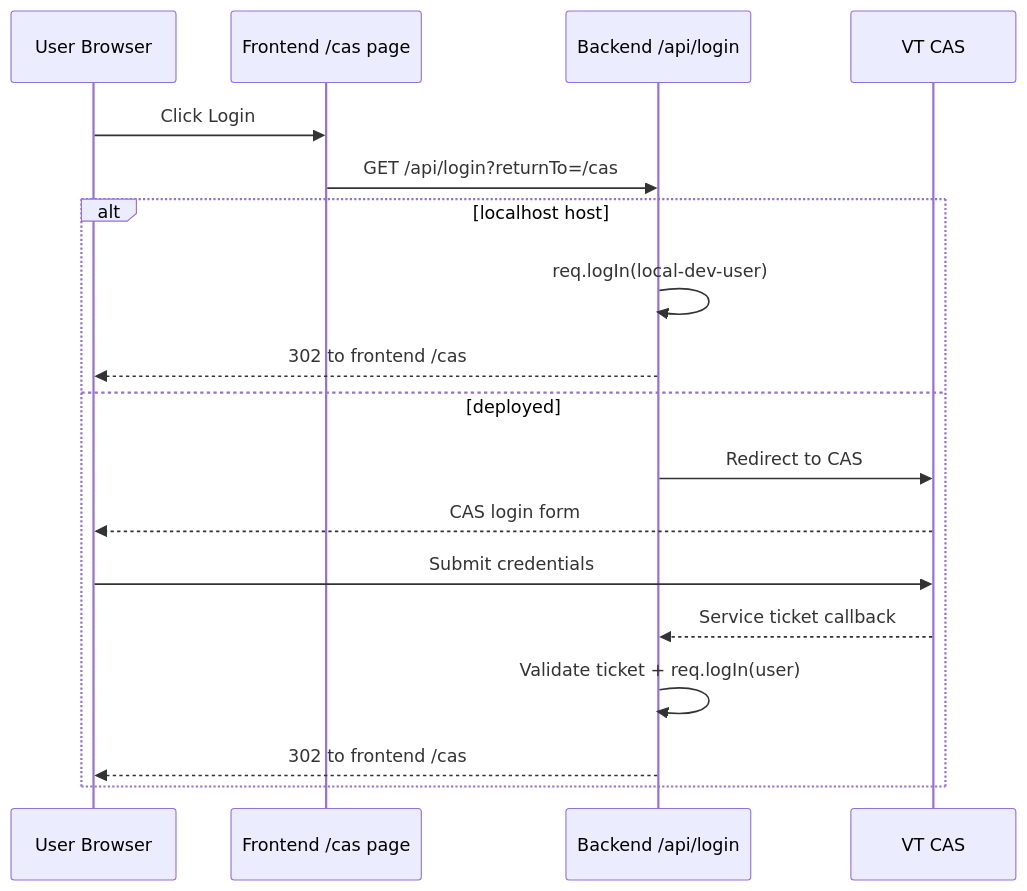
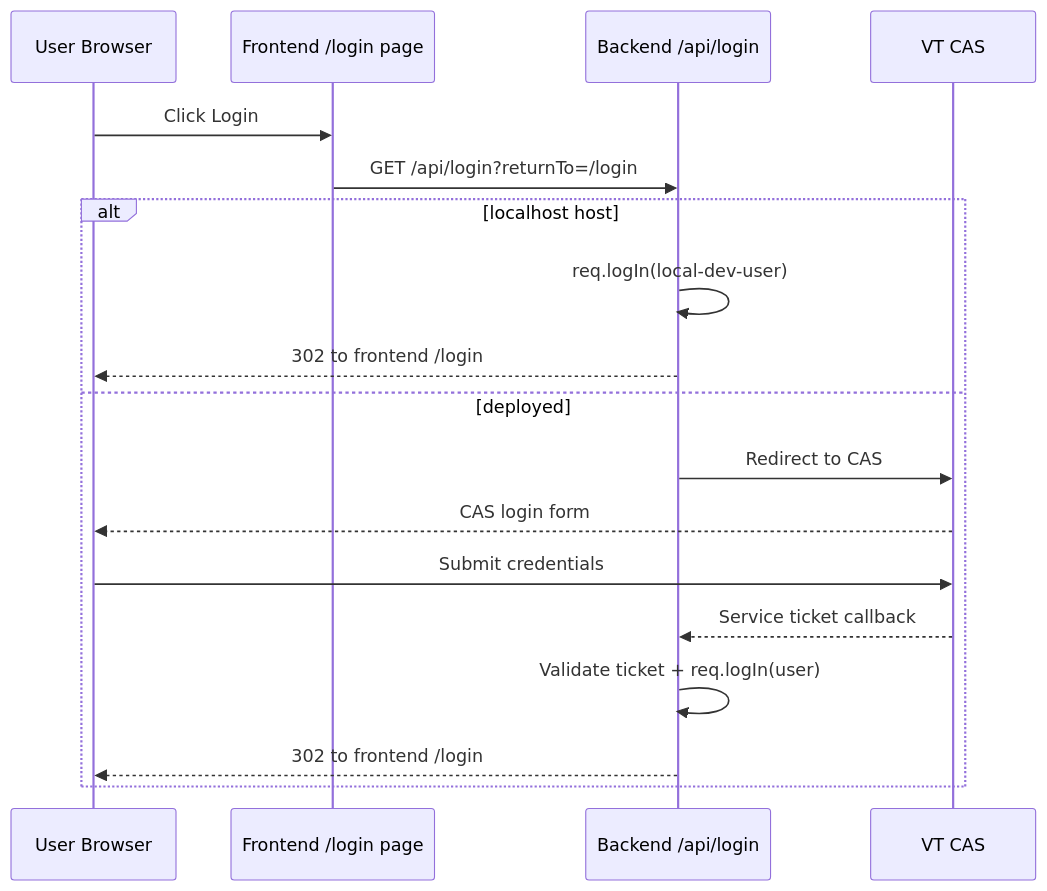
The second of 3 diagrams in docs/Auth.md (CoderMan73/ezspot), drawn with Mermaid before and after one commit. The commit also changed other lines of this file and 4 other files, not shown here.

````diff
--- a/docs/Auth.md
+++ b/docs/Auth.md
@@ -51,22 +51,22 @@
 ```mermaid
 sequenceDiagram
     participant User as User Browser
-    participant FE as Frontend /cas page
+    participant FE as Frontend /login page
     participant BE as Backend /api/login
     participant CAS as VT CAS
 
     User->>FE: Click Login
-    FE->>BE: GET /api/login?returnTo=/cas
+    FE->>BE: GET /api/login?returnTo=/login
 
     alt localhost host
       BE->>BE: req.logIn(local-dev-user)
-      BE-->>User: 302 to frontend /cas
+      BE-->>User: 302 to frontend /login
     else deployed
       BE->>CAS: Redirect to CAS
       CAS-->>User: CAS login form
       User->>CAS: Submit credentials
       CAS-->>BE: Service ticket callback
       BE->>BE: Validate ticket + req.logIn(user)
-      BE-->>User: 302 to frontend /cas
+      BE-->>User: 302 to frontend /login
     end
 ```
````
